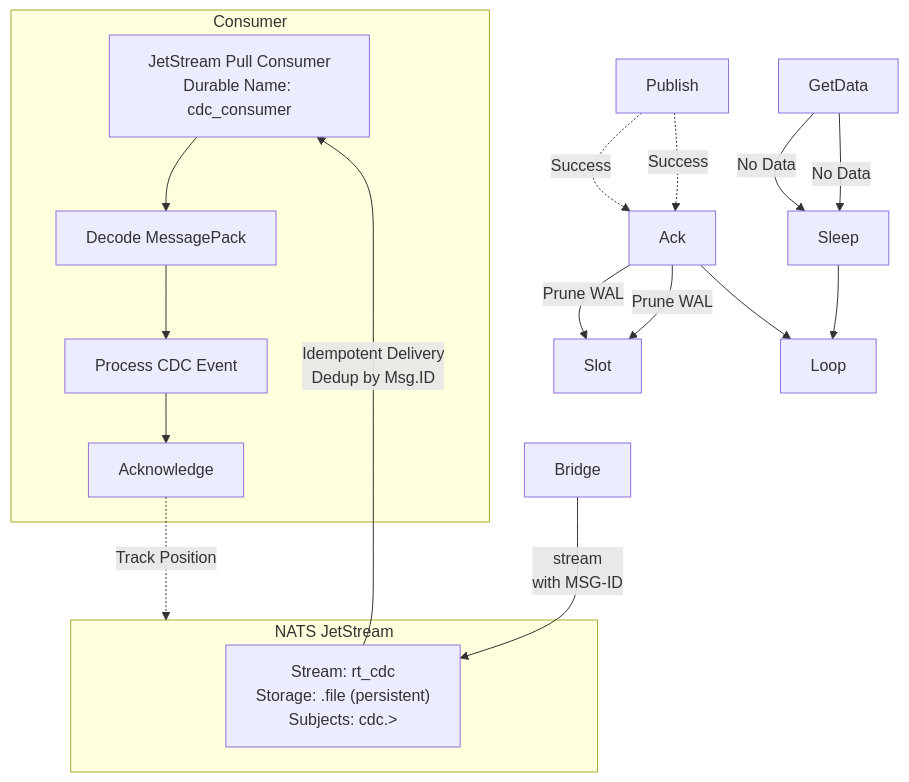
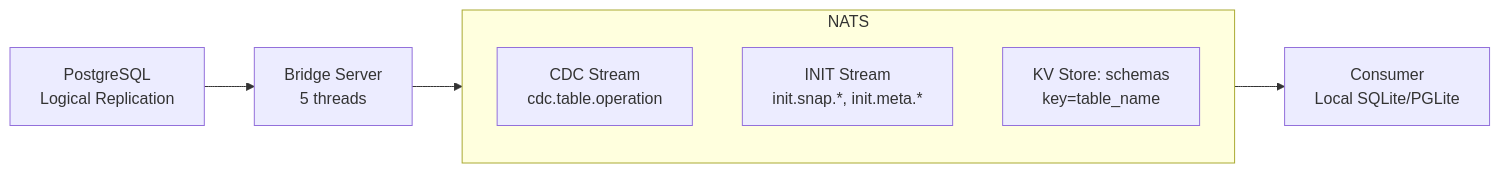
One commit to ndrean/PG-CDC-NATS-BRIDGE changed the first of 2 diagrams in README.md. Above: the diagram before and after it, drawn with Mermaid. The commit also changed other lines of this file and 3 other files, not shown here.

````diff
--- a/README.md
+++ b/README.md
@@ -187,30 +9,13 @@
 ```mermaid
-flowchart TB
-    subgraph Consumer["Consumer"]
-        PullConsumer["JetStream Pull Consumer<br/>Durable Name: cdc_consumer"]
-        Decode[Decode MessagePack]
-        Process["Process CDC Event"]
-        ConsumerAck[Acknowledge]
+flowchart LR
+    PG[PostgreSQL<br/>Logical Replication] --> Bridge[Bridge Server<br/>5 threads]
+    Bridge --> NATS[NATS JetStream]
+
+    subgraph NATS
+        CDC[CDC Stream<br/>cdc.table.operation]
+        INIT[INIT Stream<br/>init.snap.*, init.meta.*]
+        KV[KV Store: schemas<br/>key=table_name]
     end
 
-  subgraph NATS["NATS JetStream"]
-        Stream["Stream: rt_cdc<br/>Storage: .file (persistent)<br/>Subjects: cdc.>"]
-    end
-
-  Bridge --> |stream <br> with MSG-ID| Stream
-  Stream -->|Idempotent Delivery<br>Dedup by Msg.ID| PullConsumer
-  Publish -.->|Success| Ack
-  Ack -->|Prune WAL| Slot
-  GetData -->|No Data| Sleep
-
-  Publish -.->|Success| Ack
-  Ack -->|Prune WAL| Slot
-  GetData -->|No Data| Sleep
-  Sleep --> Loop
-  Ack --> Loop
-  
-  PullConsumer --> Decode
-  Decode --> Process
-  Process --> ConsumerAck
-  ConsumerAck -.->|Track Position| NATS
+    NATS --> Consumer[Consumer<br/>Local SQLite/PGLite]
 ```
````
